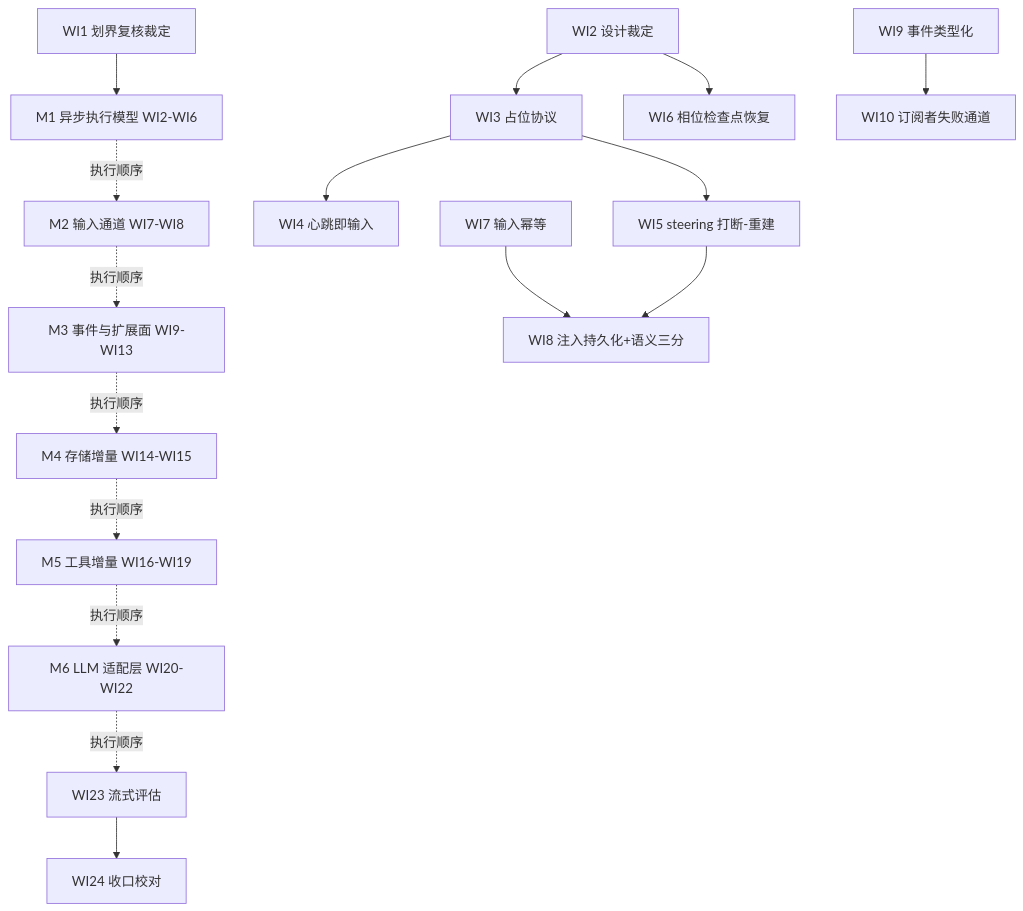
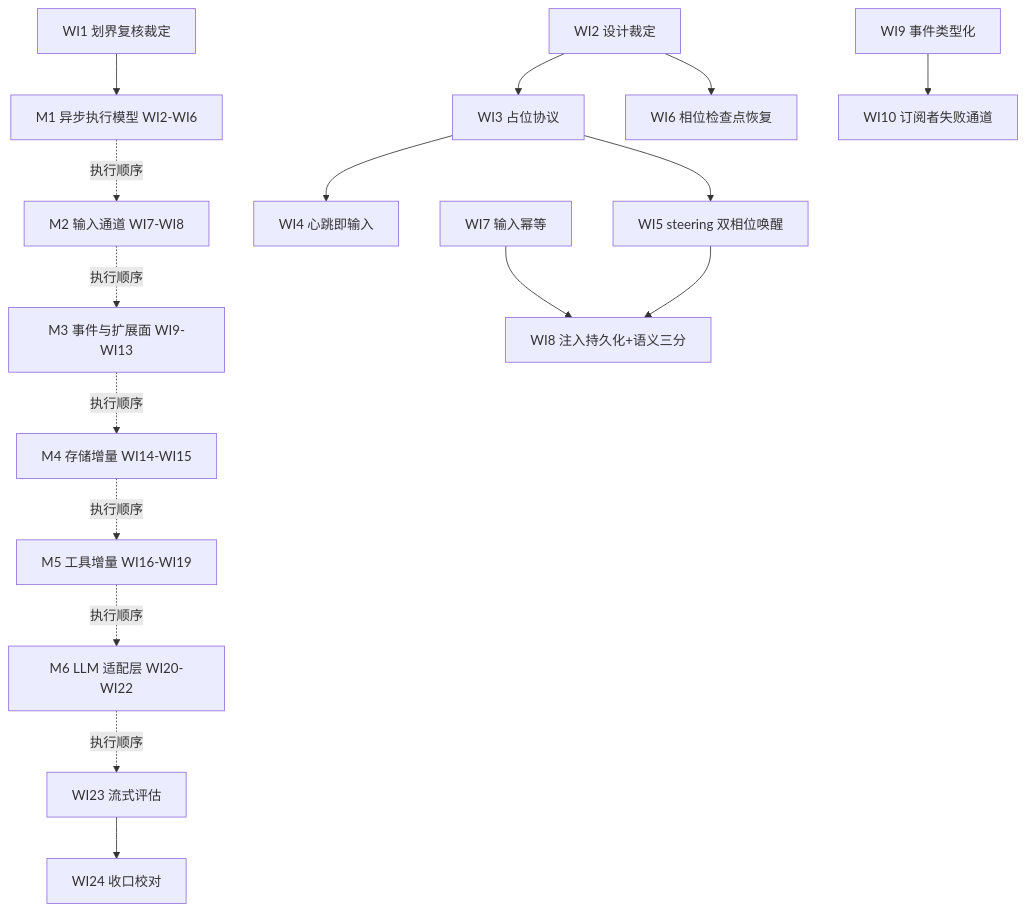
One commit to entropy-cloud/nop-entropy changed the diagram in ai-dev/backlog/nop-ai-agent-refactor-roadmap.md. Above: the diagram before and after it, drawn with Mermaid. The commit also changed other lines of this file and 2 other files, not shown here.

First line of the commit message:
docs(nop-ai-agent): M1 执行前评审钉定等待优先设计并修订 roadmap WI2-WI5

````diff
--- a/ai-dev/backlog/nop-ai-agent-refactor-roadmap.md
+++ b/ai-dev/backlog/nop-ai-agent-refactor-roadmap.md
@@ -99,18 +99,18 @@
 ```mermaid
 graph TD
     WI1["WI1 划界复核裁定"] --> M1["M1 异步执行模型 WI2-WI6"]
     WI2["WI2 设计裁定"] --> WI3["WI3 占位协议"]
     WI3 --> WI4["WI4 心跳即输入"]
-    WI3 --> WI5["WI5 steering 打断-重建"]
+    WI3 --> WI5["WI5 steering 双相位唤醒"]
     WI2 --> WI6["WI6 相位检查点恢复"]
     WI7["WI7 输入幂等"] --> WI8["WI8 注入持久化+语义三分"]
     WI5 --> WI8
     WI9["WI9 事件类型化"] --> WI10["WI10 订阅者失败通道"]
     M1 -.->|执行顺序| M2["M2 输入通道 WI7-WI8"]
     M2 -.->|执行顺序| M3["M3 事件与扩展面 WI9-WI13"]
     M3 -.->|执行顺序| M4["M4 存储增量 WI14-WI15"]
     M4 -.->|执行顺序| M5["M5 工具增量 WI16-WI19"]
     M5 -.->|执行顺序| M6["M6 LLM 适配层 WI20-WI22"]
     M6 -.->|执行顺序| WI23["WI23 流式评估"]
     WI23 --> WI24["WI24 收口校对"]
 ```
````
